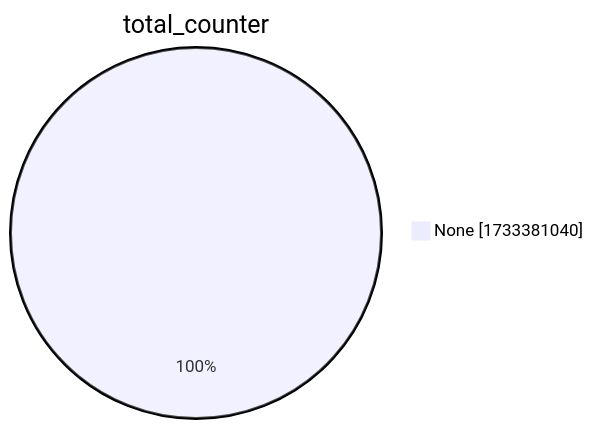
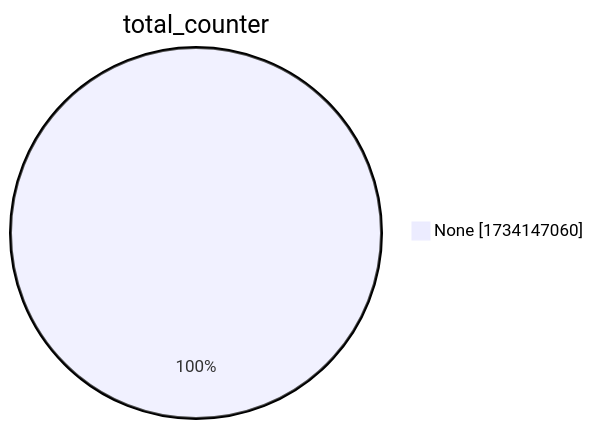
One commit to christiankrug/ctmonitor_visualization changed the second of 15 diagrams in xenon2022/README.md. Above: the diagram before and after it, drawn with Mermaid. The commit also changed other lines of this file, not shown here.

````diff
--- a/xenon2022/README.md
+++ b/xenon2022/README.md
@@ -9,5 +9,5 @@
 ```mermaid
 pie showData
 title total_counter
-"None" :1733381040
+"None" :1734147060
 ```
````
